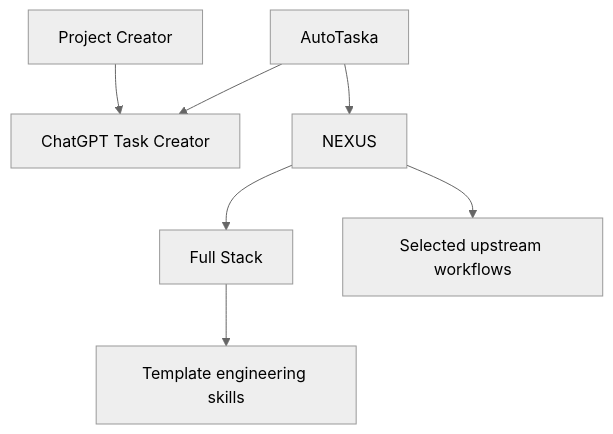
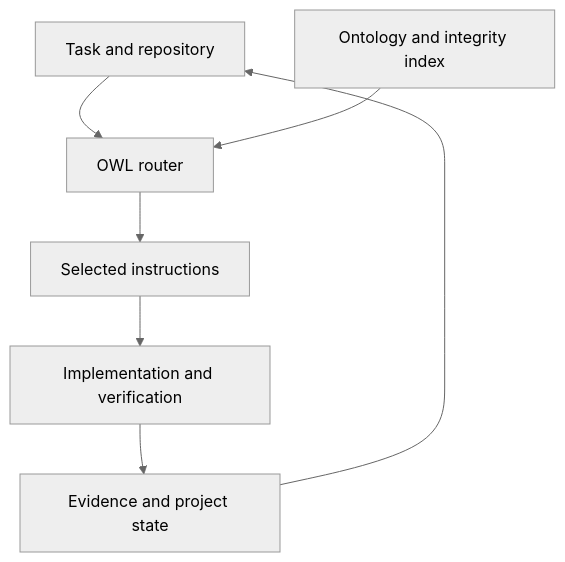
Before and after one commit to asgmodel/ontoflow-fullstack-skills: the diagram in README.md, drawn with Mermaid (neutral theme). The commit also changed other lines of this file and 221 other files, not shown here.

````diff
--- a/README.md
+++ b/README.md
@@ -36,9 +38,9 @@
 ```mermaid
 flowchart TD
-    P[Project Creator] --> D[ChatGPT Task Creator]
-    A[AutoTaska] --> D
-    A --> N[NEXUS]
-    N --> F[Full Stack]
-    F --> T[Template engineering skills]
-    N --> U[Selected upstream workflows]
+    T[Task and repository] --> R[OWL router]
+    O[Ontology and integrity index] --> R
+    R --> W[Selected instructions]
+    W --> E[Implementation and verification]
+    E --> S[Evidence and project state]
+    S --> T
 ```
````
